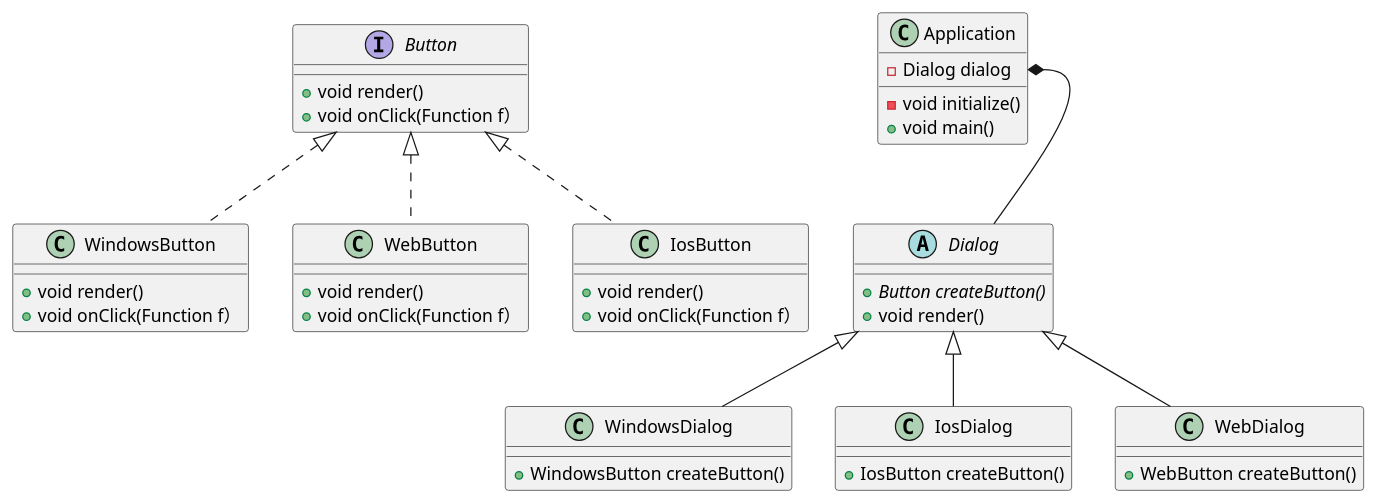
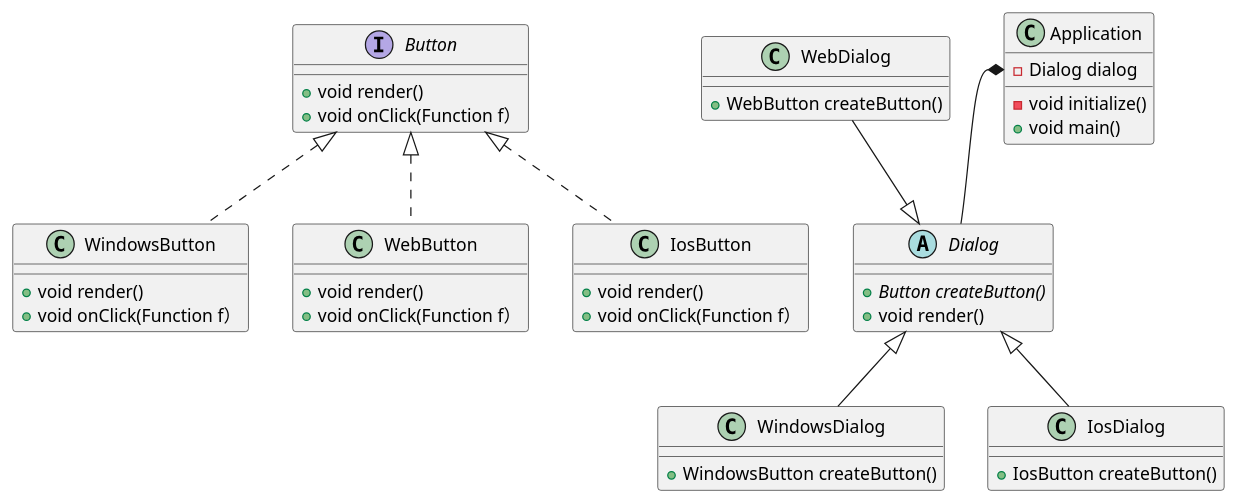
The diagram in java-design-pattern-demo/java-design-pattern-23pattern/src/main/java/tech/tryu/facotrymethod/FacotoryMethod.puml (TR-Yu/java-base-demo), drawn with PlantUML before and after one commit. The commit also changed 9 other files, not shown here.

```diff
--- a/java-design-pattern-demo/java-design-pattern-23pattern/src/main/java/tech/tryu/facotrymethod/FacotoryMethod.puml
+++ b/java-design-pattern-demo/java-design-pattern-23pattern/src/main/java/tech/tryu/facotrymethod/FacotoryMethod.puml
@@ -1,58 +1,58 @@
 @startuml
 
 abstract class Dialog {
 +{abstract} Button createButton()
 + void render()
 }
 
 class WindowsDialog {
 + WindowsButton createButton()
 }
 
 class IosDialog {
 + IosButton createButton()
 }
 
 class WebDialog {
 + WebButton createButton()
 }
 
 WindowsDialog -up-|> Dialog
 IosDialog -up-|> Dialog
-WebDialog -up-|> Dialog
+WebDialog -down-|> Dialog
 
 interface Button {
 + void render()
 + void onClick(Function f）
 }
 
 class WindowsButton {
 + void render()
 + void onClick(Function f）
 }
 
 class WebButton {
 + void render()
 + void onClick(Function f）
 }
 
 class IosButton {
 + void render()
 + void onClick(Function f）
 }
 
 WebButton .up.|> Button
 WindowsButton .up.|> Button
 IosButton .up.|> Button
 
 class Application {
 -Dialog dialog
 - void initialize()
 + void main()
 }
 
 Application::dialog *-- Dialog
 
 
 
 @enduml
```
